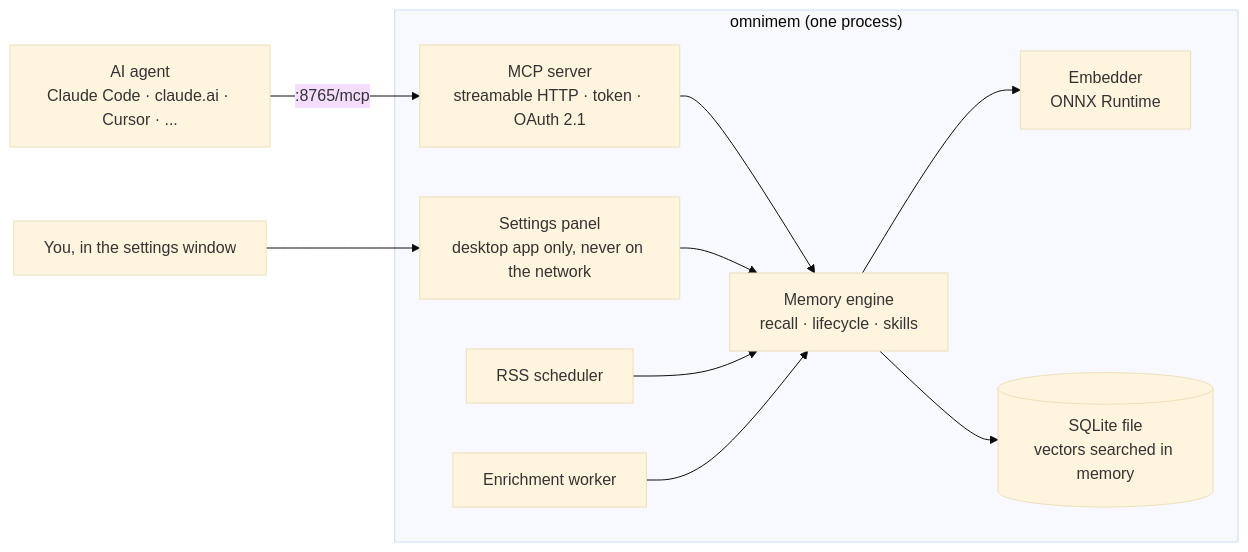
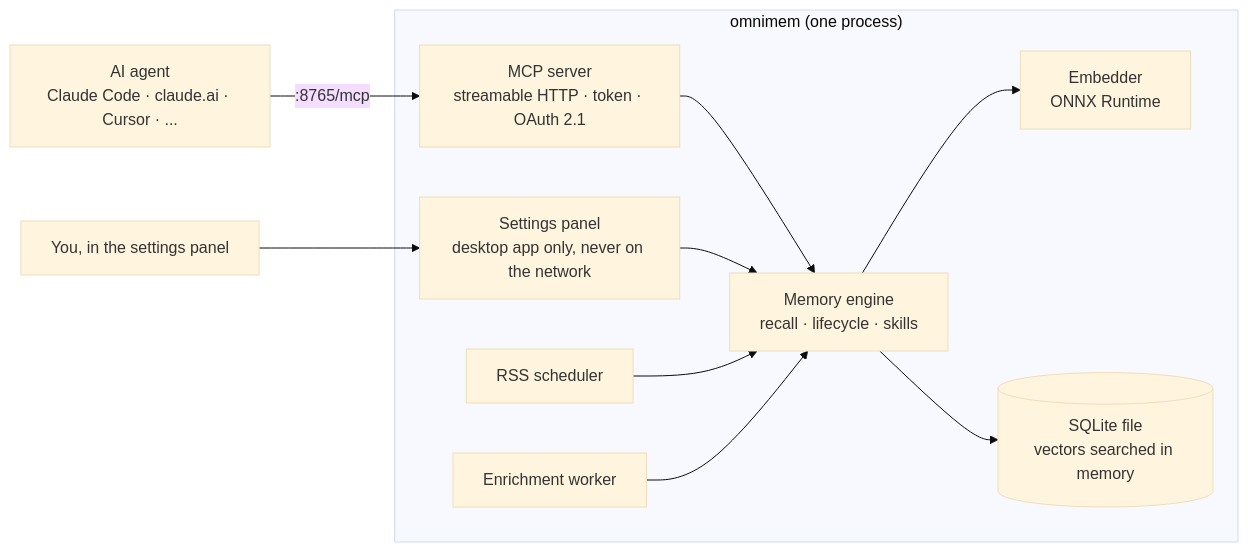
The diagram in README.md (richarvey/OmniMem), drawn with Mermaid (base theme) before and after one commit. The commit also changed other lines of this file and 120 other files, not shown here.

````diff
--- a/README.md
+++ b/README.md
@@ -118,24 +118,24 @@
 ```mermaid
 flowchart LR
     agent["AI agent<br/>Claude Code · claude.ai · Cursor · ..."]
-    user["You, in the settings window"]
+    user["You, in the settings panel"]
 
     subgraph omnimem["omnimem (one process)"]
         mcp["MCP server<br/>streamable HTTP · token · OAuth 2.1"]
         panel["Settings panel<br/>desktop app only, never on the network"]
         rss["RSS scheduler"]
         enrich["Enrichment worker"]
         engine["Memory engine<br/>recall · lifecycle · skills"]
         embed["Embedder<br/>ONNX Runtime"]
         store[("SQLite file<br/>vectors searched in memory")]
     end
 
     agent -- ":8765/mcp" --> mcp
     user --> panel
     mcp --> engine
     panel --> engine
     rss --> engine
     enrich --> engine
     engine --> embed
     engine --> store
 ```
````
